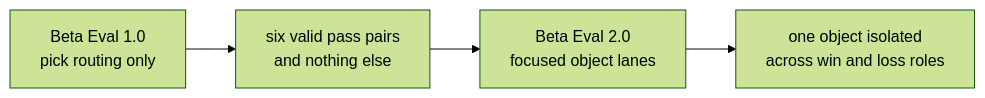
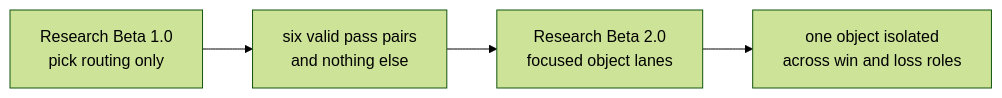
One commit to tryskian/scorey changed the first of 2 diagrams in docs/research/README.md. Above: the diagram before and after it, drawn with Mermaid (forest theme). The commit also changed other lines of this file and 15 other files, not shown here.

Commit message:
feat: align runtime surface to research beta naming (#1)

````diff
--- a/docs/research/README.md
+++ b/docs/research/README.md
@@ -74,10 +71,10 @@
 ```mermaid
 flowchart LR
-  B1["Beta Eval 1.0<br/>pick routing only"]
-  B2["Beta Eval 2.0<br/>focused object lanes"]
+  B1["Research Beta 1.0<br/>pick routing only"]
+  B2["Research Beta 2.0<br/>focused object lanes"]
 
   S1["six valid pass pairs<br/>and nothing else"]
   S2["one object isolated<br/>across win and loss roles"]
 
   B1 --> S1 --> B2 --> S2
 ```
````
